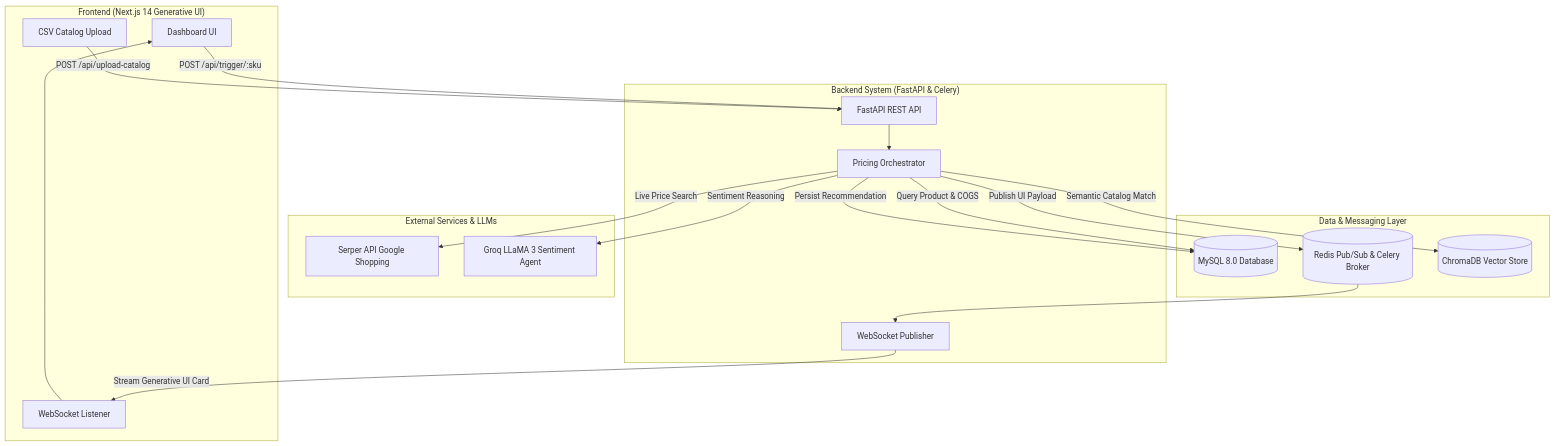
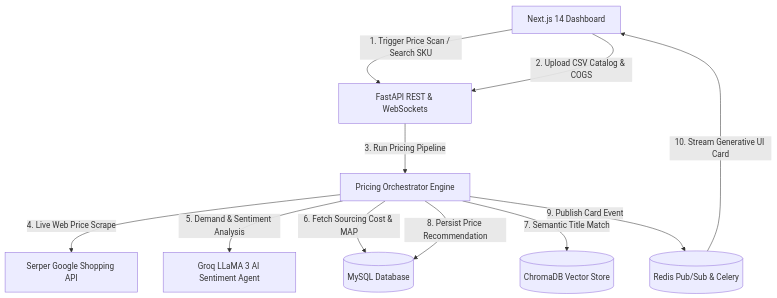
The diagram in README.md (Vansh-2102/Autonomous-E-Commerce-Competitive-Intelligence-Dynamic-Pricing-Engine), drawn with Mermaid before and after one commit.

Commit message:
Fix Mermaid architecture diagram syntax for GitHub renderer

````diff
--- a/README.md
+++ b/README.md
@@ -22,40 +22,22 @@
 ```mermaid
-flowchart TD
-    subgraph Client ["Frontend (Next.js 14 Generative UI)"]
-        UI[Dashboard UI]
-        WS_Client[WebSocket Listener]
-        CSV_Up[CSV Catalog Upload]
-    end
+graph TD
+    UI["Next.js 14 Dashboard"]
+    API["FastAPI REST & WebSockets"]
+    Orchestrator["Pricing Orchestrator Engine"]
+    Serper["Serper Google Shopping API"]
+    Groq["Groq LLaMA 3 AI Sentiment Agent"]
+    MySQL[("MySQL Database")]
+    Redis[("Redis Pub/Sub & Celery")]
+    Chroma[("ChromaDB Vector Store")]
 
-    subgraph Backend ["Backend System (FastAPI & Celery)"]
-        API[FastAPI REST API]
-        Orchestrator[Pricing Orchestrator]
-        WS_Server[WebSocket Publisher]
-    end
-
-    subgraph External ["External Services & LLMs"]
-        Serper[Serper API Google Shopping]
-        Groq[Groq LLaMA 3 Sentiment Agent]
-    end
-
-    subgraph Storage ["Data & Messaging Layer"]
-        MySQL[(MySQL 8.0 Database)]
-        Redis[(Redis Pub/Sub & Celery Broker)]
-        Chroma[(ChromaDB Vector Store)]
-    end
-
-    UI -->|POST /api/trigger/:sku| API
-    CSV_Up -->|POST /api/upload-catalog| API
-    API --> Orchestrator
-    
-    Orchestrator -->|Live Price Search| Serper
-    Orchestrator -->|Sentiment Reasoning| Groq
-    Orchestrator -->|Query Product & COGS| MySQL
-    Orchestrator -->|Semantic Catalog Match| Chroma
-    
-    Orchestrator -->|Persist Recommendation| MySQL
-    Orchestrator -->|Publish UI Payload| Redis
-    Redis --> WS_Server
-    WS_Server -->|Stream Generative UI Card| WS_Client
-    WS_Client --> UI
+    UI -->|1. Trigger Price Scan / Search SKU| API
+    UI -->|2. Upload CSV Catalog & COGS| API
+    API -->|3. Run Pricing Pipeline| Orchestrator
+    Orchestrator -->|4. Live Web Price Scrape| Serper
+    Orchestrator -->|5. Demand & Sentiment Analysis| Groq
+    Orchestrator -->|6. Fetch Sourcing Cost & MAP| MySQL
+    Orchestrator -->|7. Semantic Title Match| Chroma
+    Orchestrator -->|8. Persist Price Recommendation| MySQL
+    Orchestrator -->|9. Publish Card Event| Redis
+    Redis -->|10. Stream Generative UI Card| UI
 ```
````
